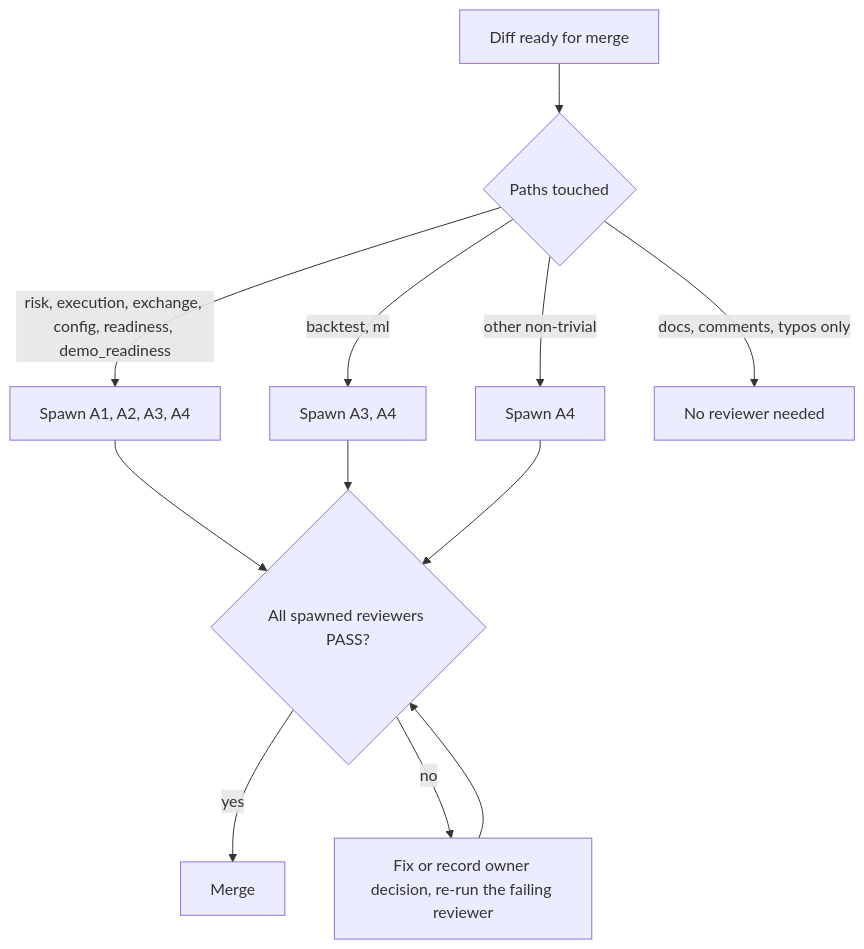
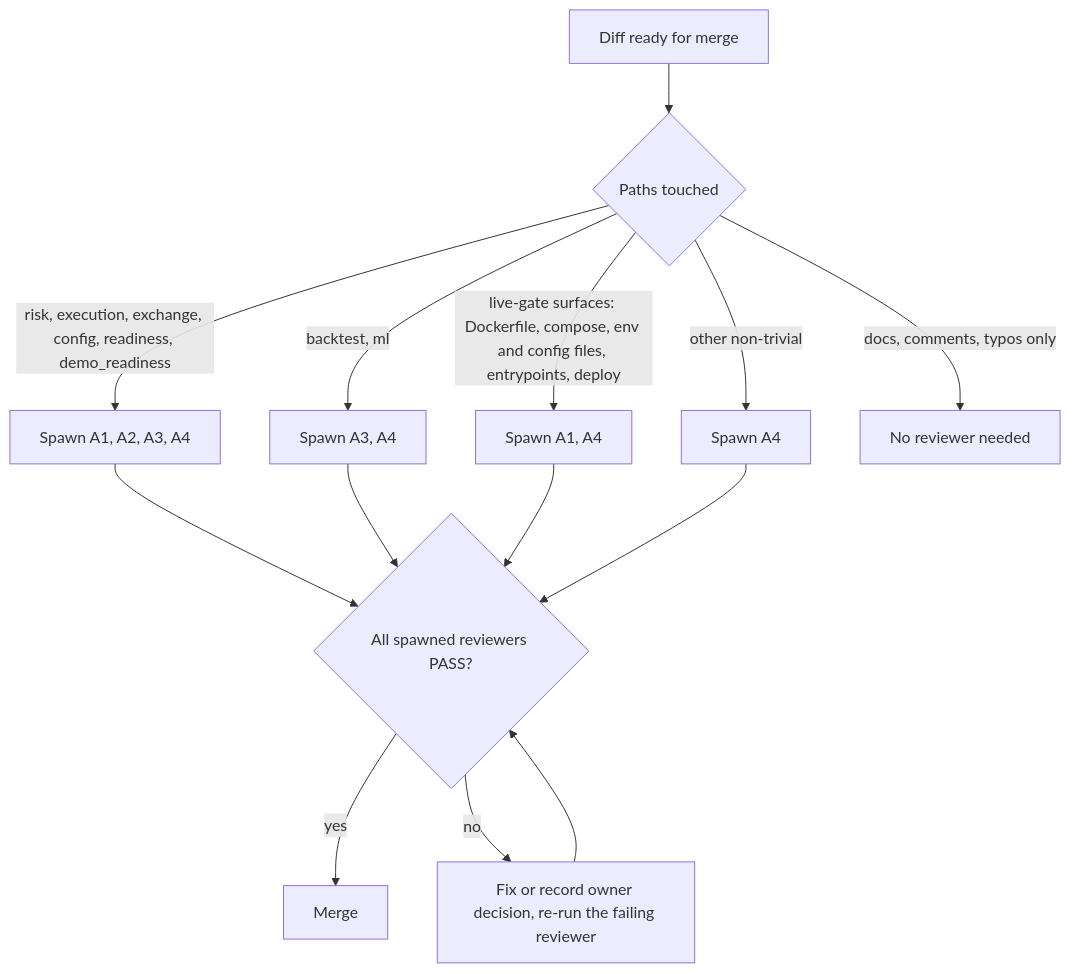
The diagram in docs/sad-silverbot.md (ceezey/SILVR), drawn with Mermaid before and after one commit. The commit also changed other lines of this file, not shown here.

Commit message:
docs: extend live-gate guardian to deploy and entrypoint surfaces

````diff
--- a/docs/sad-silverbot.md
+++ b/docs/sad-silverbot.md
@@ -250,14 +251,16 @@
 ```mermaid
 flowchart TD
     D["Diff ready for merge"] --> Q{"Paths touched"}
     Q -->|"risk, execution, exchange, config, readiness, demo_readiness"| ALL["Spawn A1, A2, A3, A4"]
     Q -->|"backtest, ml"| R["Spawn A3, A4"]
+    Q -->|"live-gate surfaces: Dockerfile, compose, env and config files, entrypoints, deploy"| G["Spawn A1, A4"]
     Q -->|"other non-trivial"| S["Spawn A4"]
     Q -->|"docs, comments, typos only"| N["No reviewer needed"]
     ALL --> V{"All spawned reviewers PASS?"}
     R --> V
+    G --> V
     S --> V
     V -->|"yes"| M["Merge"]
     V -->|"no"| F["Fix or record owner decision, re-run the failing reviewer"]
     F --> V
 ```
````
